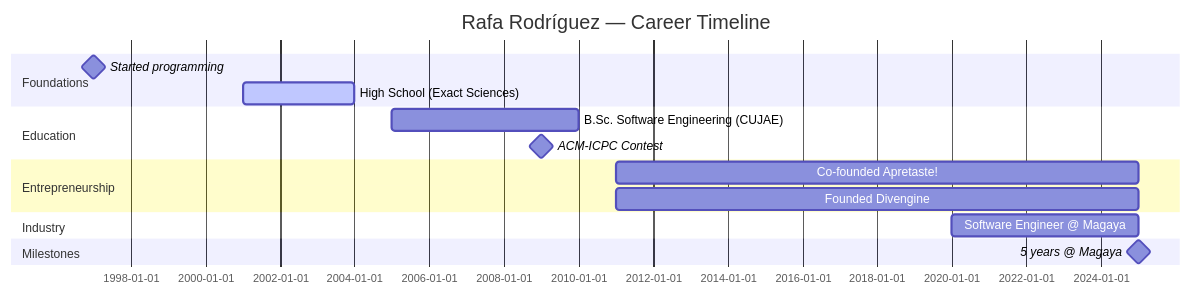
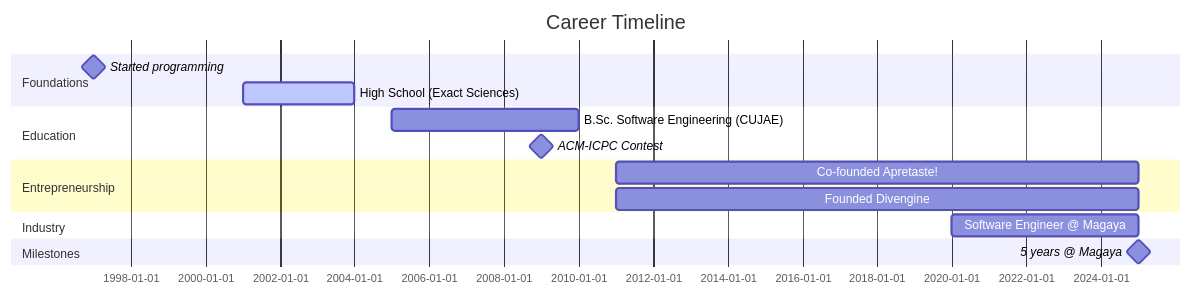
Before and after one commit to rafageist/rafageist: the diagram in README.md, drawn with Mermaid. The commit also changed other lines of this file, not shown here.

````diff
--- a/README.md
+++ b/README.md
@@ -23,24 +25,24 @@
 ```mermaid
 gantt
   dateFormat  YYYY
-  title  Rafa Rodríguez — Career Timeline
+  title  Career Timeline
 
   section Foundations
   Started programming                  :milestone, m1, 1997, 0y
   High School (Exact Sciences)         :active,    2001, 2004
 
   section Education
   B.Sc. Software Engineering (CUJAE)   :           2005, 2010
   ACM-ICPC Contest                     :milestone, m2, 2009, 0y
 
   section Entrepreneurship
   Co-founded Apretaste!                :           2011, 2025
   Founded Divengine                    :           2011, 2025
 
   section Industry
   Software Engineer @ Magaya           :           2020, 2025
 
   section Milestones
   5 years @ Magaya                     :milestone, m3, 2025, 0y
 
 ```
````
